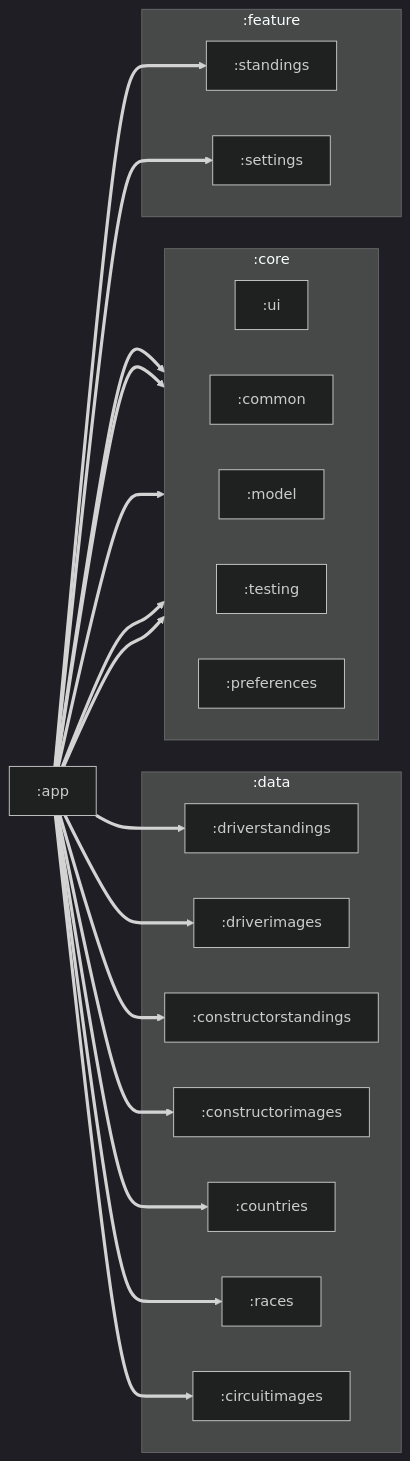
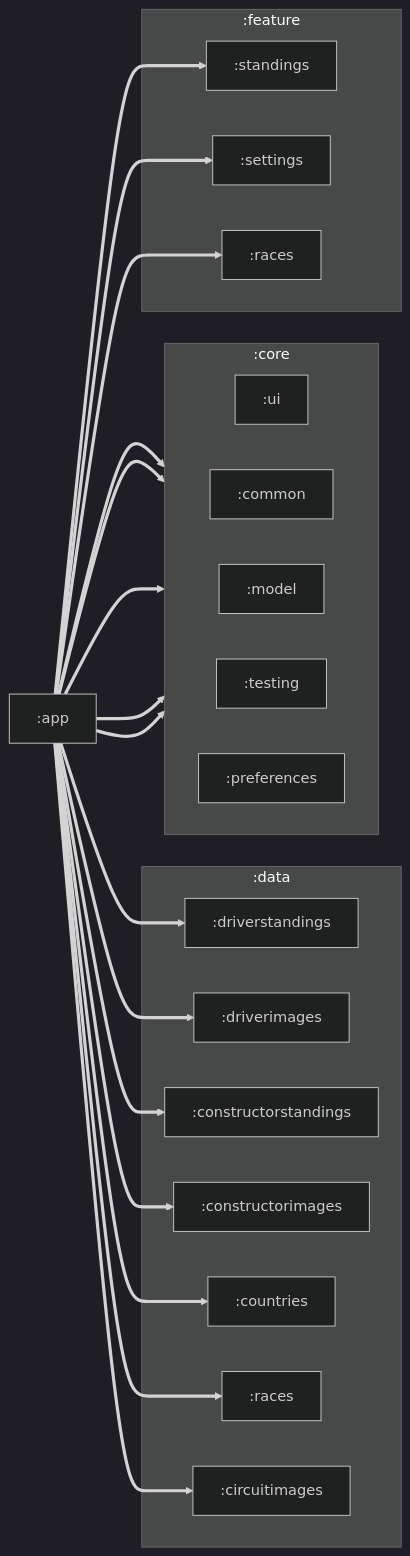
The diagram in app/README.md (toquete/boxbox), drawn with Mermaid before and after one commit. The commit also changed 6 other files, not shown here.

````diff
--- a/app/README.md
+++ b/app/README.md
@@ -1,39 +1,41 @@
 ```mermaid
 %%{init: {'theme':'dark'}}%%
 flowchart LR
     APP[:app] ==> UI
     APP ==> COMMON
     APP ==> MODEL
     APP ==> TESTING
     APP ==> PREFERENCES
     APP ==> DRIVER_STANDINGS
     APP ==> DRIVER_IMAGES
     APP ==> CONSTRUCTOR_STANDINGS
     APP ==> CONSTRUCTOR_IMAGES
     APP ==> COUNTRIES
     APP ==> STANDINGS
     APP ==> SETTINGS
     APP ==> RACES
     APP ==> CIRCUIT_IMAGES
+    APP ==> RACES_FEATURE
     subgraph :core
         direction LR
         MODEL[:model]
         TESTING[:testing]
         UI[:ui]
         COMMON[:common]
         PREFERENCES[:preferences]
     end
     subgraph :data
         DRIVER_STANDINGS[:driverstandings]
         DRIVER_IMAGES[:driverimages]
         CONSTRUCTOR_STANDINGS[:constructorstandings]
         CONSTRUCTOR_IMAGES[:constructorimages]
         COUNTRIES[:countries]
         RACES[:races]
         CIRCUIT_IMAGES[:circuitimages]
     end
     subgraph :feature
         STANDINGS[:standings]
         SETTINGS[:settings]
+        RACES_FEATURE[:races]
     end
 ```
````
